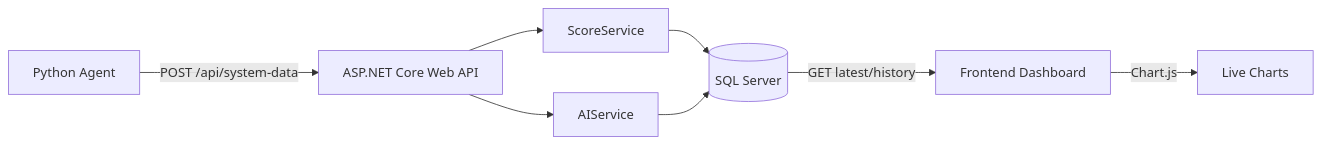
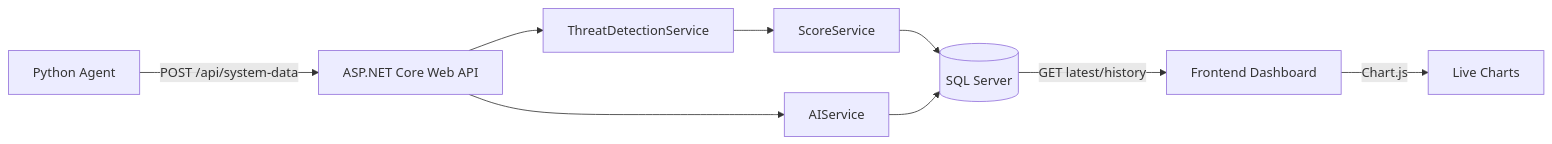
One commit to AFurkanOcel/SysScore changed the first of 2 diagrams in README.md. Above: the diagram before and after it, drawn with Mermaid. The commit also changed other lines of this file and 16 other files, not shown here.

Commit message:
Add network threat detection dashboard

````diff
--- a/README.md
+++ b/README.md
@@ -194,10 +228,11 @@
 ```mermaid
 flowchart LR
     A[Python Agent] -->|POST /api/system-data| B[ASP.NET Core Web API]
-    B --> C[ScoreService]
-    B --> D[AIService]
-    C --> E[(SQL Server)]
-    D --> E
-    E -->|GET latest/history| F[Frontend Dashboard]
-    F -->|Chart.js| G[Live Charts]
+    B --> C[ThreatDetectionService]
+    C --> D[ScoreService]
+    B --> E[AIService]
+    D --> F[(SQL Server)]
+    E --> F
+    F -->|GET latest/history| G[Frontend Dashboard]
+    G -->|Chart.js| H[Live Charts]
 ```
````
